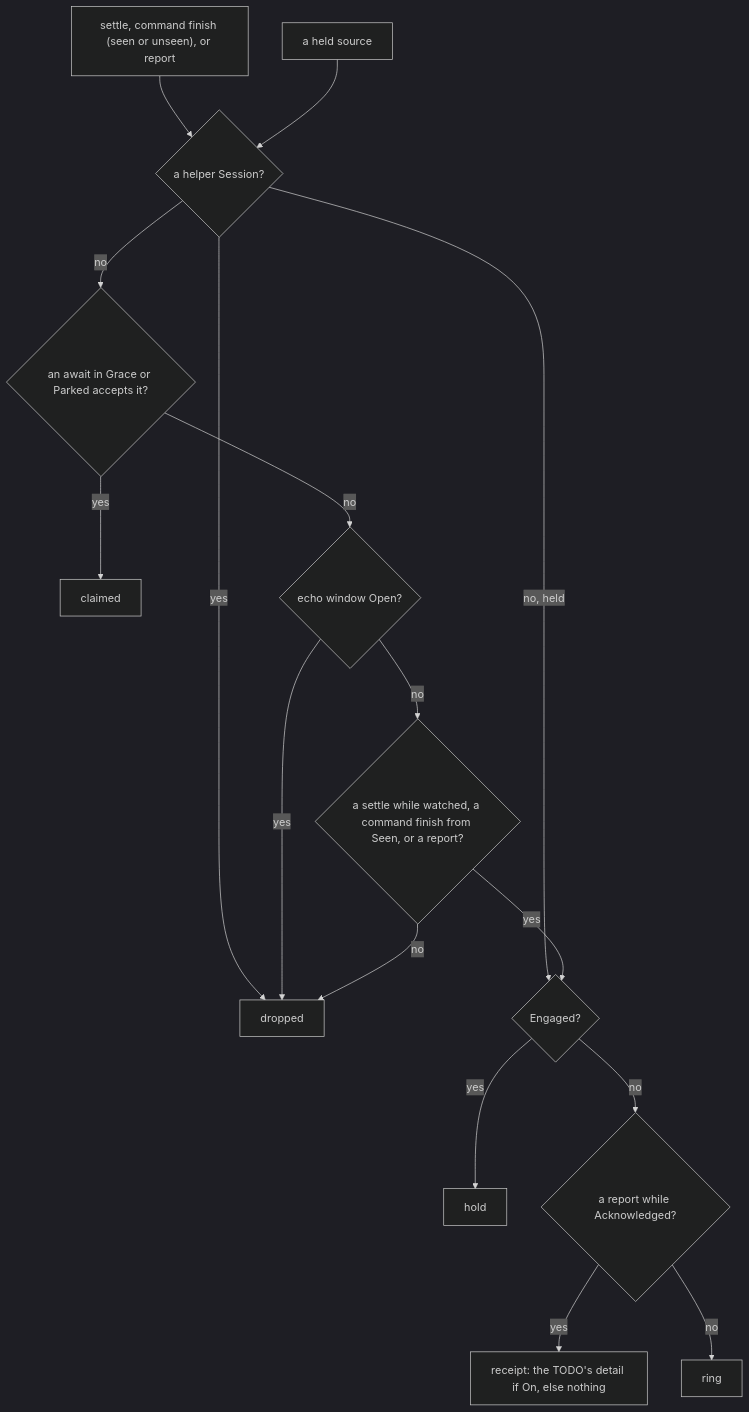
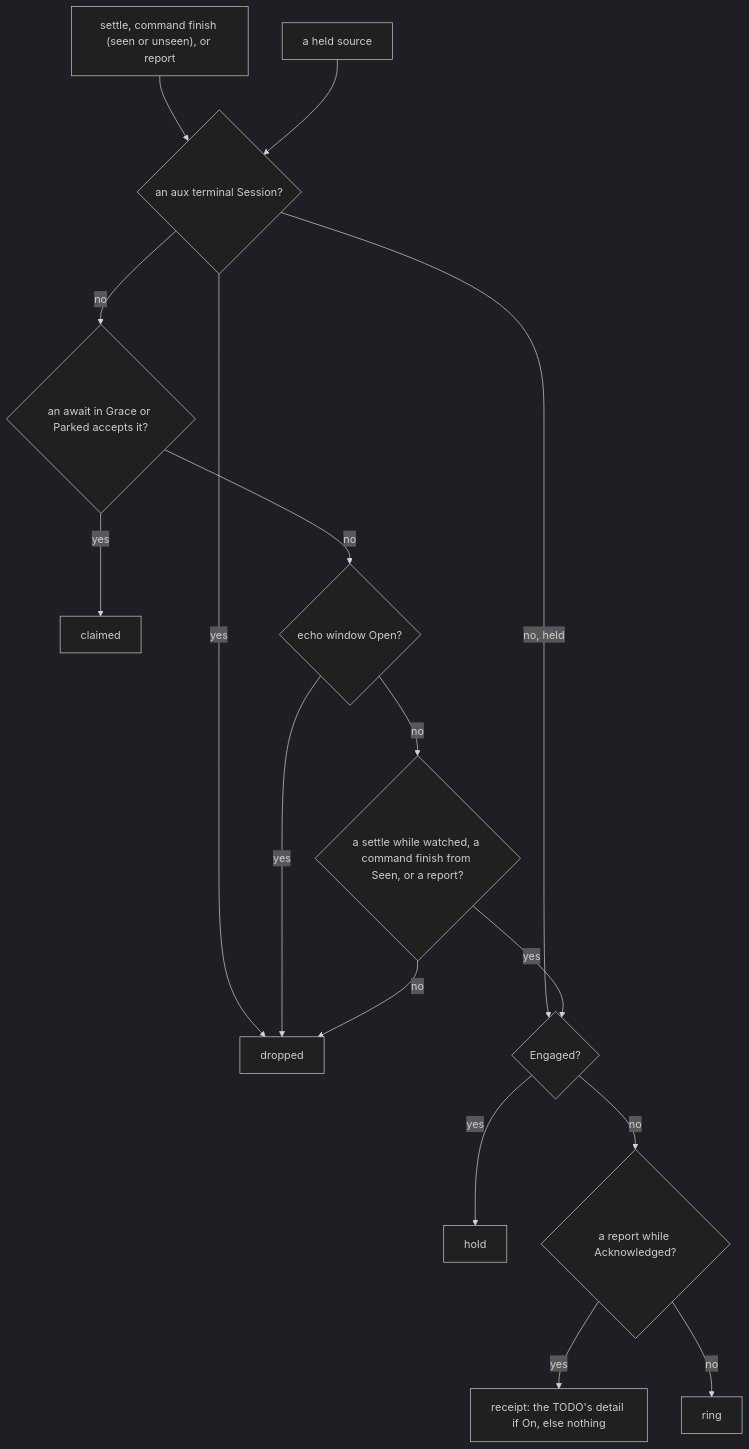
One commit to diffplug/dormouse changed the second of 16 diagrams in docs/specs/alert.md. Above: the diagram before and after it, drawn with Mermaid (dark theme). The commit also changed other lines of this file and 135 other files, not shown here.

First line of the commit message:
Rename the helper terminal to the aux terminal

````diff
--- a/docs/specs/alert.md
+++ b/docs/specs/alert.md
@@ -133,18 +133,18 @@
 ```mermaid
 flowchart TD
-  C["settle, command finish (seen or unseen), or report"] --> H{"a helper Session?"}
+  C["settle, command finish (seen or unseen), or report"] --> H{"an aux terminal Session?"}
   HS["a held source"] --> H
   H -- yes --> X["dropped"]
   H -- "no, held" --> G
   H -- no --> A{"an await in Grace or Parked accepts it?"}
   A -- yes --> W["claimed"]
   A -- no --> E{"echo window Open?"}
   E -- yes --> X
   E -- no --> R{"a settle while watched, a command finish from Seen, or a report?"}
   R -- no --> X
   R -- yes --> G{"Engaged?"}
   G -- yes --> HD["hold"]
   G -- no --> K{"a report while Acknowledged?"}
   K -- yes --> T["receipt: the TODO's detail if On, else nothing"]
   K -- no --> RG["ring"]
 ```
````
